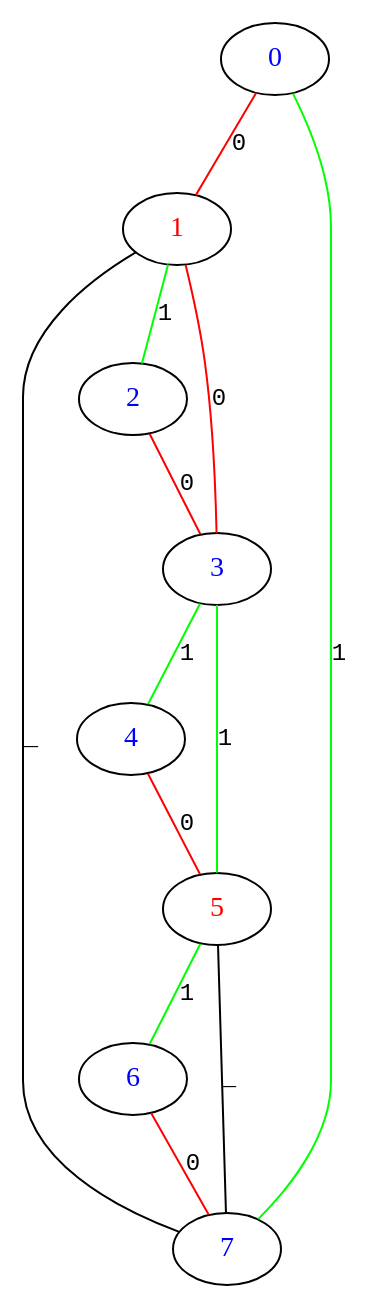
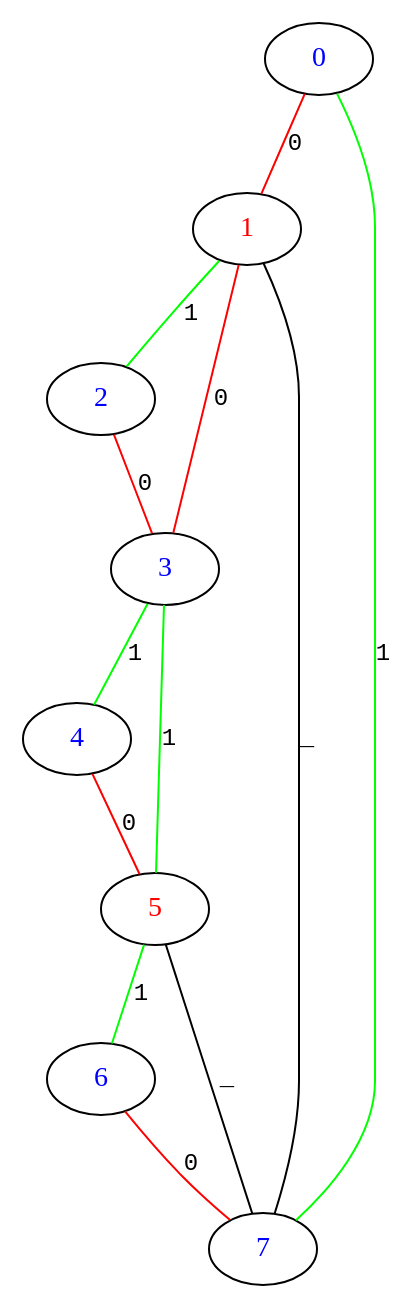
Before and after one commit to icfpc-dniwe/icfpc2017: the diagram in puntvis/puntvis/deploy/sample.txt-graphviz/6.dot, drawn with Graphviz. The commit also changed 58 other files, not shown here.

```diff
--- a/puntvis/puntvis/deploy/sample.txt-graphviz/6.dot
+++ b/puntvis/puntvis/deploy/sample.txt-graphviz/6.dot
@@ -1,22 +1,22 @@
 graph G {
-0 [fontcolor="#0000FFFF", label="4"];
-1 [fontcolor="#FF0000FF", label="1"];
-2 [fontcolor="#0000FFFF", label="3"];
-3 [fontcolor="#0000FFFF", label="6"];
-4 [fontcolor="#FF0000FF", label="5"];
-5 [fontcolor="#0000FFFF", label="0"];
-6 [fontcolor="#0000FFFF", label="7"];
-7 [fontcolor="#0000FFFF", label="2"];
-2 -- 0 [ color="#00FF00FF", label="1", fontname="Courier New",  fontsize=12];
-0 -- 4 [ color="#FF0000FF", label="0", fontname="Courier New",  fontsize=12];
-5 -- 1 [ color="#FF0000FF", label="0", fontname="Courier New",  fontsize=12];
-1 -- 2 [ color="#FF0000FF", label="0", fontname="Courier New",  fontsize=12];
-1 -- 6 [ label="_", fontname="Courier New",  fontsize=12];
-1 -- 7 [ color="#00FF00FF", label="1", fontname="Courier New",  fontsize=12];
-7 -- 2 [ color="#FF0000FF", label="0", fontname="Courier New",  fontsize=12];
-2 -- 4 [ color="#00FF00FF", label="1", fontname="Courier New",  fontsize=12];
-4 -- 3 [ color="#00FF00FF", label="1", fontname="Courier New",  fontsize=12];
-3 -- 6 [ color="#FF0000FF", label="0", fontname="Courier New",  fontsize=12];
-4 -- 6 [ label="_", fontname="Courier New",  fontsize=12];
-5 -- 6 [ color="#00FF00FF", label="1", fontname="Courier New",  fontsize=12];
+0 [fontcolor="#0000FFFF" label="0" pos="0,0!"];
+1 [fontcolor="#FF0000FF" label="1" pos="1,0!"];
+2 [fontcolor="#0000FFFF" label="2" pos="2,0!"];
+3 [fontcolor="#0000FFFF" label="3" pos="2,-1!"];
+4 [fontcolor="#0000FFFF" label="4" pos="2,-2!"];
+5 [fontcolor="#FF0000FF" label="5" pos="1,-2!"];
+6 [fontcolor="#0000FFFF" label="6" pos="0,-2!"];
+7 [fontcolor="#0000FFFF" label="7" pos="0,-1!"];
+3 -- 4 [fontname="Courier New" fontsize="12" label="1" color="#00FF00FF"];
+0 -- 1 [fontname="Courier New" fontsize="12" label="0" color="#FF0000FF"];
+2 -- 3 [fontname="Courier New" fontsize="12" label="0" color="#FF0000FF"];
+1 -- 3 [fontname="Courier New" fontsize="12" label="0" color="#FF0000FF"];
+5 -- 6 [fontname="Courier New" fontsize="12" label="1" color="#00FF00FF"];
+4 -- 5 [fontname="Courier New" fontsize="12" label="0" color="#FF0000FF"];
+3 -- 5 [fontname="Courier New" fontsize="12" label="1" color="#00FF00FF"];
+6 -- 7 [fontname="Courier New" fontsize="12" label="0" color="#FF0000FF"];
+5 -- 7 [fontname="Courier New" fontsize="12" label="_" color="#000000FF"];
+1 -- 7 [fontname="Courier New" fontsize="12" label="_" color="#000000FF"];
+0 -- 7 [fontname="Courier New" fontsize="12" label="1" color="#00FF00FF"];
+1 -- 2 [fontname="Courier New" fontsize="12" label="1" color="#00FF00FF"];
 }
```
